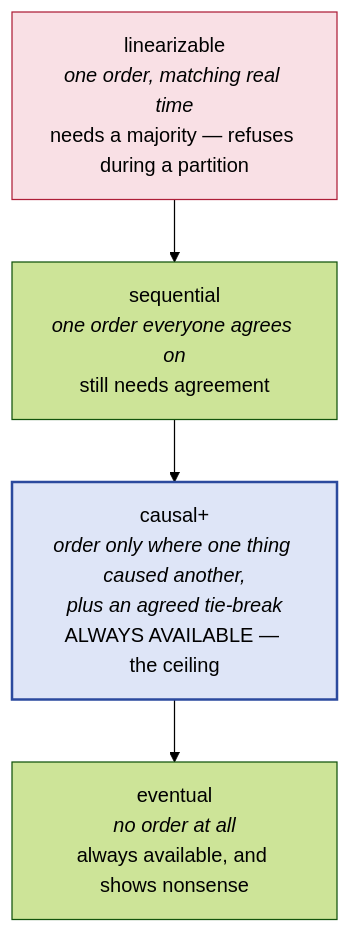
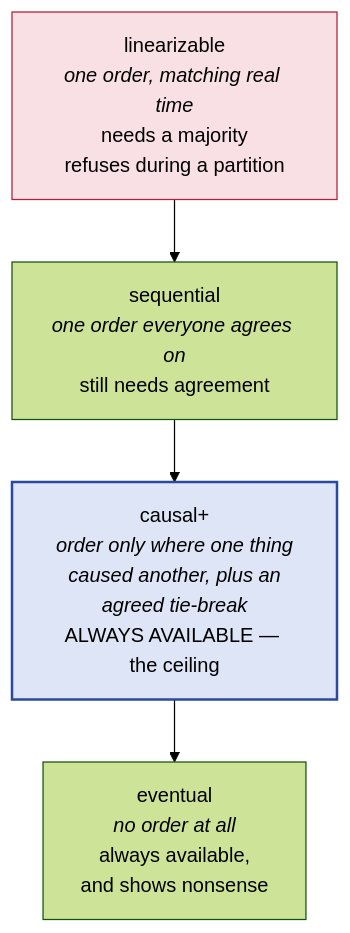
One commit to ravivarmachaluvadi/Learning changed the second of 4 diagrams in 29-causal-consistency/README.md. Above: the diagram before and after it, drawn with Mermaid (forest theme). The commit also changed other lines of this file, not shown here.

First line of the commit message:
Rewrite causal-consistency for delivery

````diff
--- a/29-causal-consistency/README.md
+++ b/29-causal-consistency/README.md
@@ -893,10 +1224,10 @@
 ```mermaid
-graph TD
-  L["linearizable<br/><i>one order, matching real time</i><br/>needs a majority — refuses during a partition"]
+flowchart TD
+  L["linearizable<br/><i>one order, matching real time</i><br/>needs a majority<br/>refuses during a partition"]
   S["sequential<br/><i>one order everyone agrees on</i><br/>still needs agreement"]
-  C["causal+<br/><i>order only where one thing caused another,<br/>plus an agreed tie-break</i><br/>ALWAYS AVAILABLE — the ceiling"]
-  E["eventual<br/><i>no order at all</i><br/>always available, and shows nonsense"]
+  C["causal+<br/><i>order only where one thing<br/>caused another, plus an<br/>agreed tie-break</i><br/>ALWAYS AVAILABLE — the ceiling"]
+  E["eventual<br/><i>no order at all</i><br/>always available,<br/>and shows nonsense"]
   L --> S --> C --> E
   style C fill:#DEE5F7,stroke:#2B4A9E,stroke-width:2px
   style L fill:#F9E0E5,stroke:#AE1F38
 ```
````
